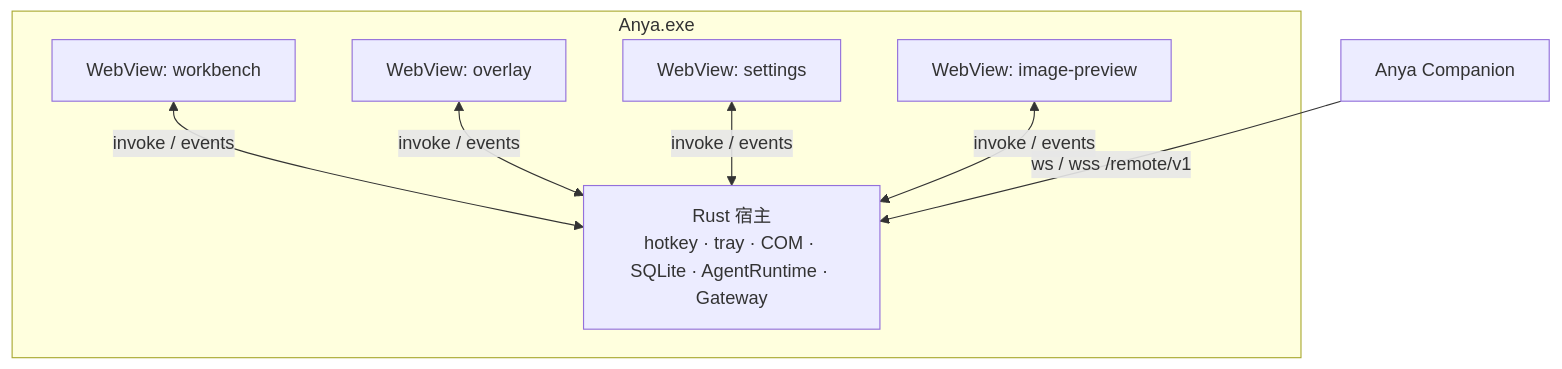
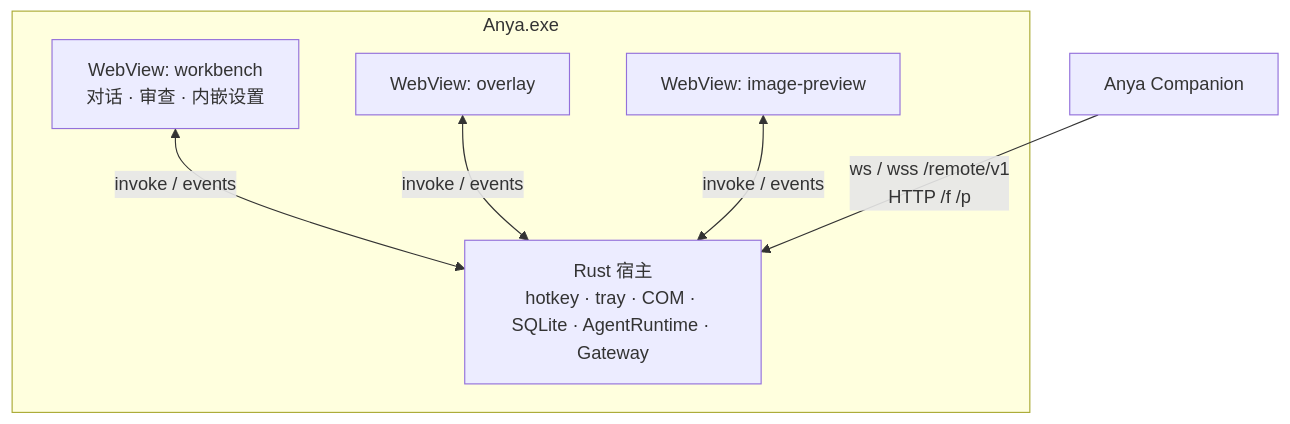
One commit to rururunu/Anya changed the third of 18 diagrams in docs/architecture-overview.zh-CN.md. Above: the diagram before and after it, drawn with Mermaid. The commit also changed other lines of this file and 86 other files, not shown here.

````diff
--- a/docs/architecture-overview.zh-CN.md
+++ b/docs/architecture-overview.zh-CN.md
@@ -157,18 +159,16 @@
 ```mermaid
 flowchart TB
   subgraph Process["Anya.exe"]
     Rust["Rust 宿主<br/>hotkey · tray · COM · SQLite · AgentRuntime · Gateway"]
-    WV1["WebView: workbench"]
+    WV1["WebView: workbench<br/>对话 · 审查 · 内嵌设置"]
     WV2["WebView: overlay"]
-    WV3["WebView: settings"]
     WV4["WebView: image-preview"]
   end
 
   Phone[Anya Companion]
 
   WV1 <-->|invoke / events| Rust
   WV2 <-->|invoke / events| Rust
-  WV3 <-->|invoke / events| Rust
   WV4 <-->|invoke / events| Rust
-  Phone -->|ws / wss /remote/v1| Rust
+  Phone -->|ws / wss /remote/v1<br/>HTTP /f /p| Rust
 ```
````
